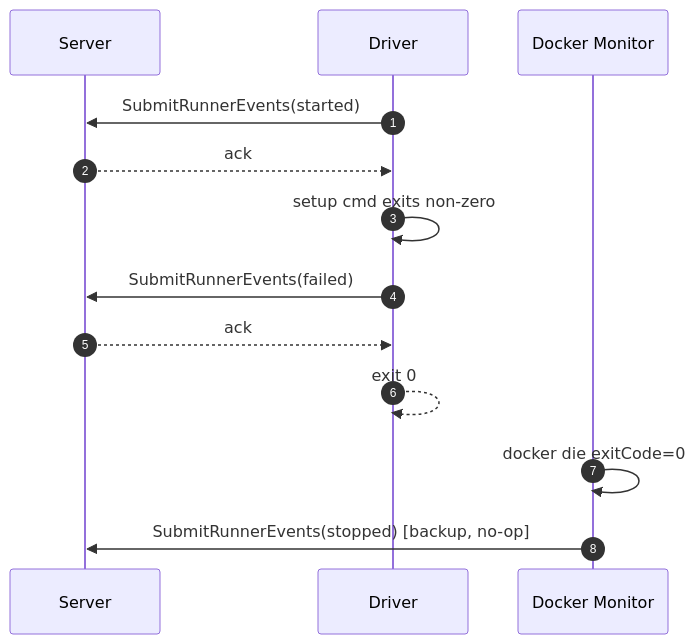
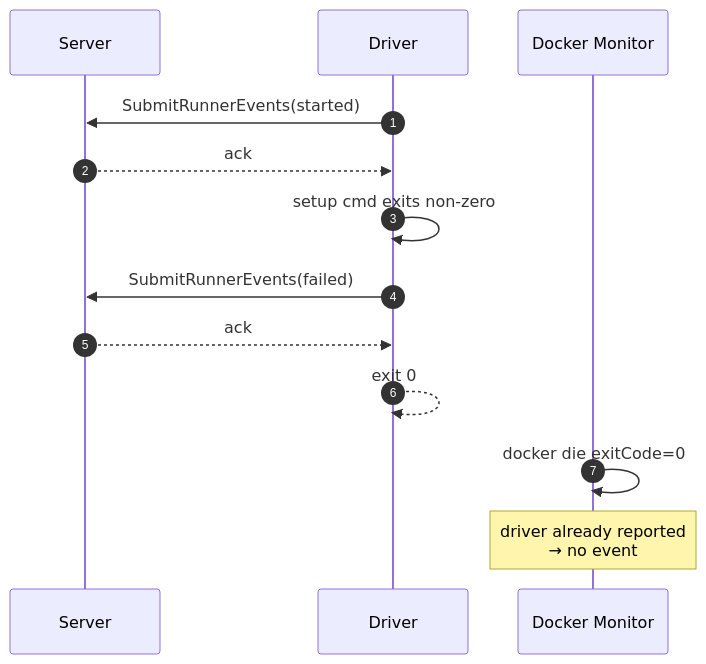
One commit to icholy/xagent changed the ninth of 9 diagrams in proposals/accepted/driver-owned-events.md. Above: the diagram before and after it, drawn with Mermaid. The commit also changed other lines of this file, not shown here.

First line of the commit message:
proposal: emit runner events only when the driver cannot report

````diff
--- a/proposals/accepted/driver-owned-events.md
+++ b/proposals/accepted/driver-owned-events.md
@@ -279,16 +276,16 @@
 ```mermaid
 sequenceDiagram
     autonumber
     participant S as Server
     participant D as Driver
     participant M as Docker Monitor
 
     D->>S: SubmitRunnerEvents(started)
     S-->>D: ack
     D->>D: setup cmd exits non-zero
     D->>S: SubmitRunnerEvents(failed)
     S-->>D: ack
     D-->>D: exit 0
     M->>M: docker die exitCode=0
-    M->>S: SubmitRunnerEvents(stopped) [backup, no-op]
+    Note over M: driver already reported<br/>→ no event
 ```
````
